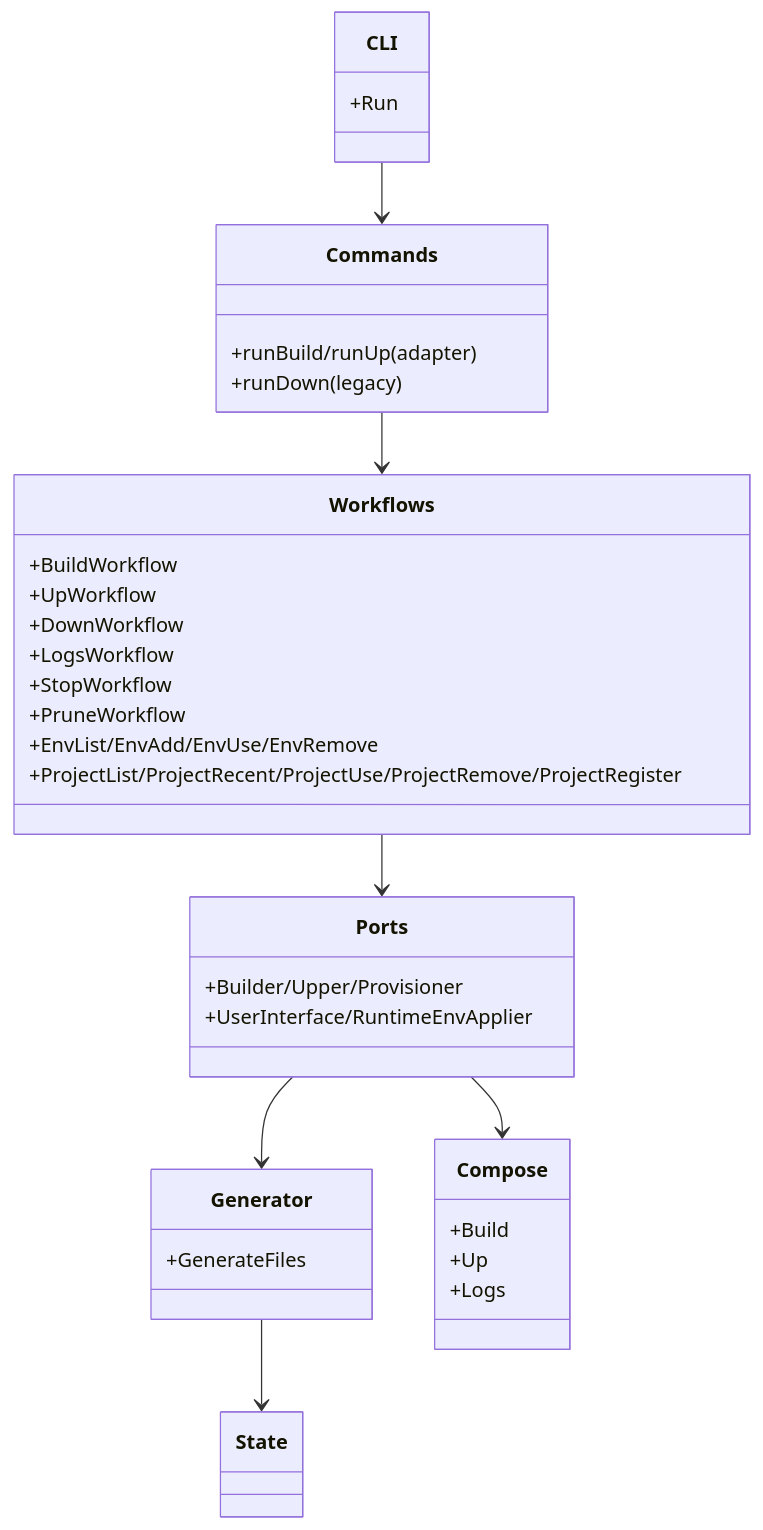
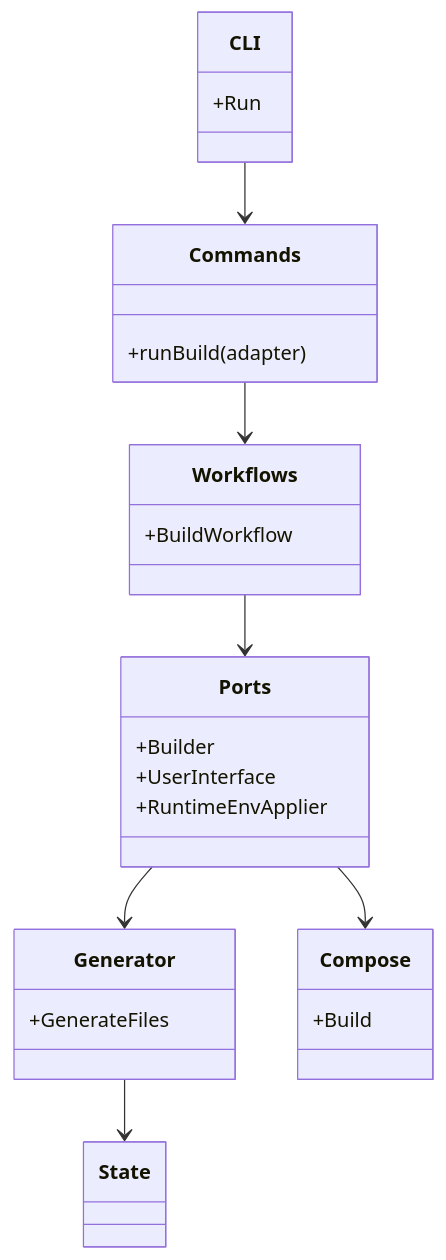
Before and after one commit to poruru-code/esb: the first of 2 diagrams in docs/developer/cli-architecture.md, drawn with Mermaid. The commit also changed other lines of this file and 3 other files, not shown here.

````diff
--- a/docs/developer/cli-architecture.md
+++ b/docs/developer/cli-architecture.md
@@ -19,39 +19,30 @@
 ```mermaid
 classDiagram
     class CLI {
         +Run
     }
     class Commands {
-        +runBuild/runUp (adapter)
-        +runDown (legacy)
+        +runBuild (adapter)
     }
     class Workflows {
         +BuildWorkflow
-        +UpWorkflow
-        +DownWorkflow
-        +LogsWorkflow
-        +StopWorkflow
-        +PruneWorkflow
-        +EnvList/EnvAdd/EnvUse/EnvRemove
-        +ProjectList/ProjectRecent/ProjectUse/ProjectRemove/ProjectRegister
     }
     class Ports {
-        +Builder/Upper/Provisioner
-        +UserInterface/RuntimeEnvApplier
+        +Builder
+        +UserInterface
+        +RuntimeEnvApplier
     }
     class Generator {
         +GenerateFiles
     }
     class Compose {
         +Build
-        +Up
-        +Logs
     }
     class State
     CLI --> Commands
     Commands --> Workflows
     Workflows --> Ports
     Ports --> Generator
     Ports --> Compose
     Generator --> State
 ```
````
